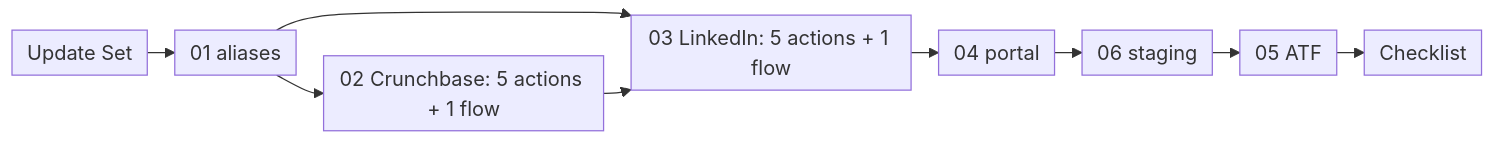
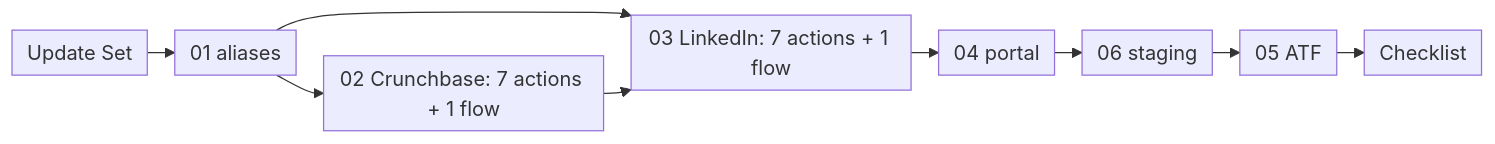
One commit to blitzy-public-samples/boston-startup-tracker-t28nax changed the diagram in servicenow-startup-tracker-poc/docs/manual-build-instructions.md. Above: the diagram before and after it, drawn with Mermaid. The commit also changed 19 other files, not shown here.

````diff
--- a/servicenow-startup-tracker-poc/docs/manual-build-instructions.md
+++ b/servicenow-startup-tracker-poc/docs/manual-build-instructions.md
@@ -92,12 +92,12 @@
 ```mermaid
 %%{init: {'flowchart': {'rankSpacing': 22, 'padding': 6}}}%%
 flowchart LR
     US["Update Set"] --> G01["01 aliases"]
-    G01 --> G02["02 Crunchbase: 5 actions + 1 flow"]
-    G01 --> G03["03 LinkedIn: 5 actions + 1 flow"]
+    G01 --> G02["02 Crunchbase: 7 actions + 1 flow"]
+    G01 --> G03["03 LinkedIn: 7 actions + 1 flow"]
     G02 --> G03
     G03 --> G04["04 portal"]
     G04 --> G06["06 staging"]
     G06 --> G05["05 ATF"]
     G05 --> VC["Checklist"]
 ```
````
